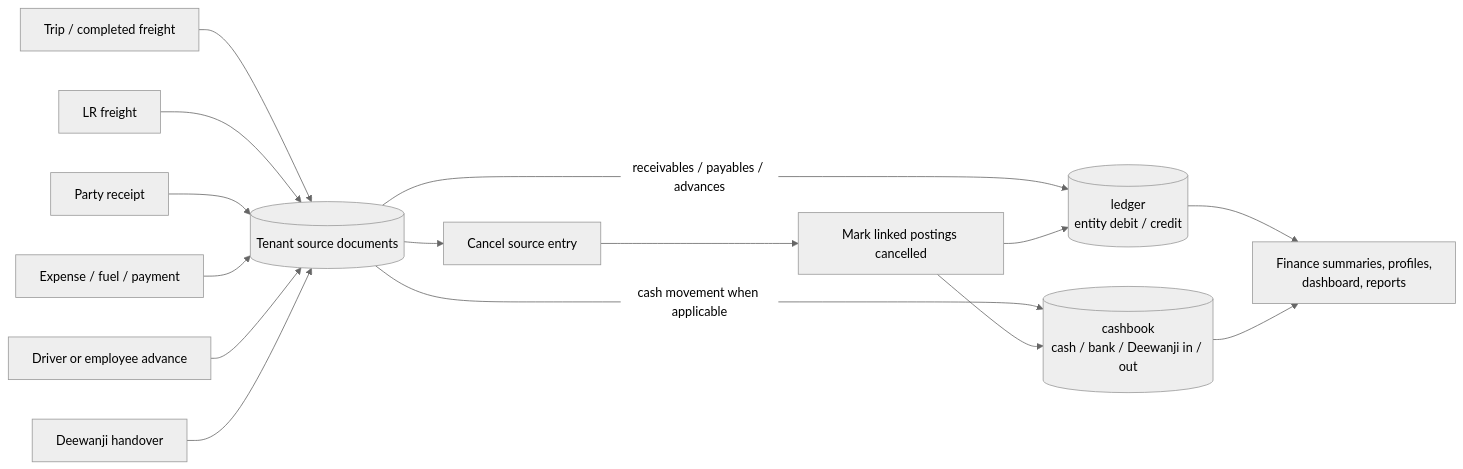
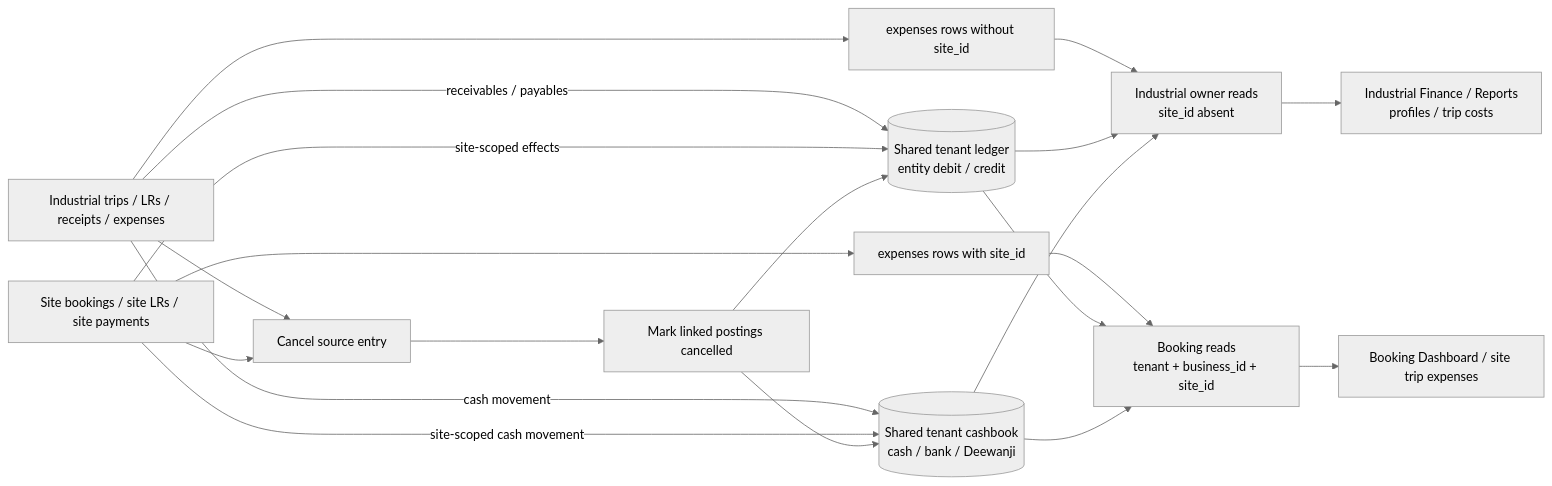
Before and after one commit to adeotale27/FleetManagementSystem: the fifth of 9 diagrams in ARCHITECTURE.md, drawn with Mermaid (neutral theme). The commit also changed other lines of this file and 43 other files, not shown here.

Commit message:
booking dashboard aditon

````diff
--- a/ARCHITECTURE.md
+++ b/ARCHITECTURE.md
@@ -147,29 +206,34 @@
 ```mermaid
 flowchart LR
-    Trip["Trip / completed freight"]
-    LR["LR freight"]
-    Receipt["Party receipt"]
-    Expense["Expense / fuel / payment"]
-    Advance["Driver or employee advance"]
-    Handover["Deewanji handover"]
-    Source[("Tenant source documents")]
-    Ledger[("ledger<br/>entity debit / credit")]
-    Cashbook[("cashbook<br/>cash / bank / Deewanji in / out")]
-    Finance["Finance summaries, profiles,<br/>dashboard, reports"]
+    Industrial["Industrial trips / LRs / receipts / expenses"]
+    Booking["Site bookings / site LRs / site payments"]
+    OfficeExpense["expenses rows without site_id"]
+    TaggedExpense["expenses rows with site_id"]
+    Ledger[("Shared tenant ledger<br/>entity debit / credit")]
+    Cashbook[("Shared tenant cashbook<br/>cash / bank / Deewanji")]
+    OfficeScope["Industrial owner reads<br/>site_id absent"]
+    SiteScope["Booking reads<br/>tenant + business_id + site_id"]
+    IndustrialFinance["Industrial Finance / Reports<br/>profiles / trip costs"]
+    BookingFinance["Booking Dashboard / site trip expenses"]
     Cancel["Cancel source entry"]
     Reversal["Mark linked postings cancelled"]
 
-    Trip --> Source
-    LR --> Source
-    Receipt --> Source
-    Expense --> Source
-    Advance --> Source
-    Handover --> Source
-    Source -->|"receivables / payables / advances"| Ledger
-    Source -->|"cash movement when applicable"| Cashbook
-    Ledger --> Finance
-    Cashbook --> Finance
-    Source --> Cancel --> Reversal
+    Industrial --> OfficeExpense
+    Industrial -->|"receivables / payables"| Ledger
+    Industrial -->|"cash movement"| Cashbook
+    Booking --> TaggedExpense
+    Booking -->|"site-scoped effects"| Ledger
+    Booking -->|"site-scoped cash movement"| Cashbook
+    OfficeExpense --> OfficeScope
+    Ledger --> OfficeScope
+    Cashbook --> OfficeScope
+    OfficeScope --> IndustrialFinance
+    TaggedExpense --> SiteScope
+    Ledger --> SiteScope
+    Cashbook --> SiteScope
+    SiteScope --> BookingFinance
+    Industrial --> Cancel --> Reversal
+    Booking --> Cancel
     Reversal --> Ledger
     Reversal --> Cashbook
 ```
````
